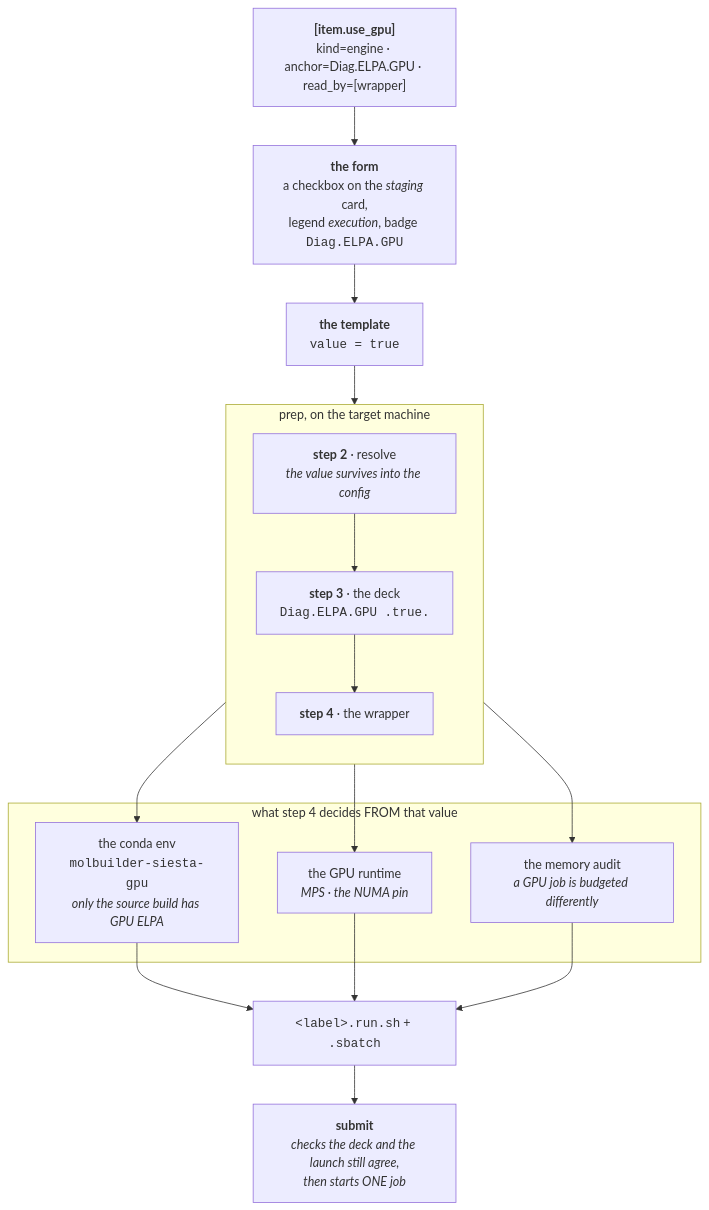
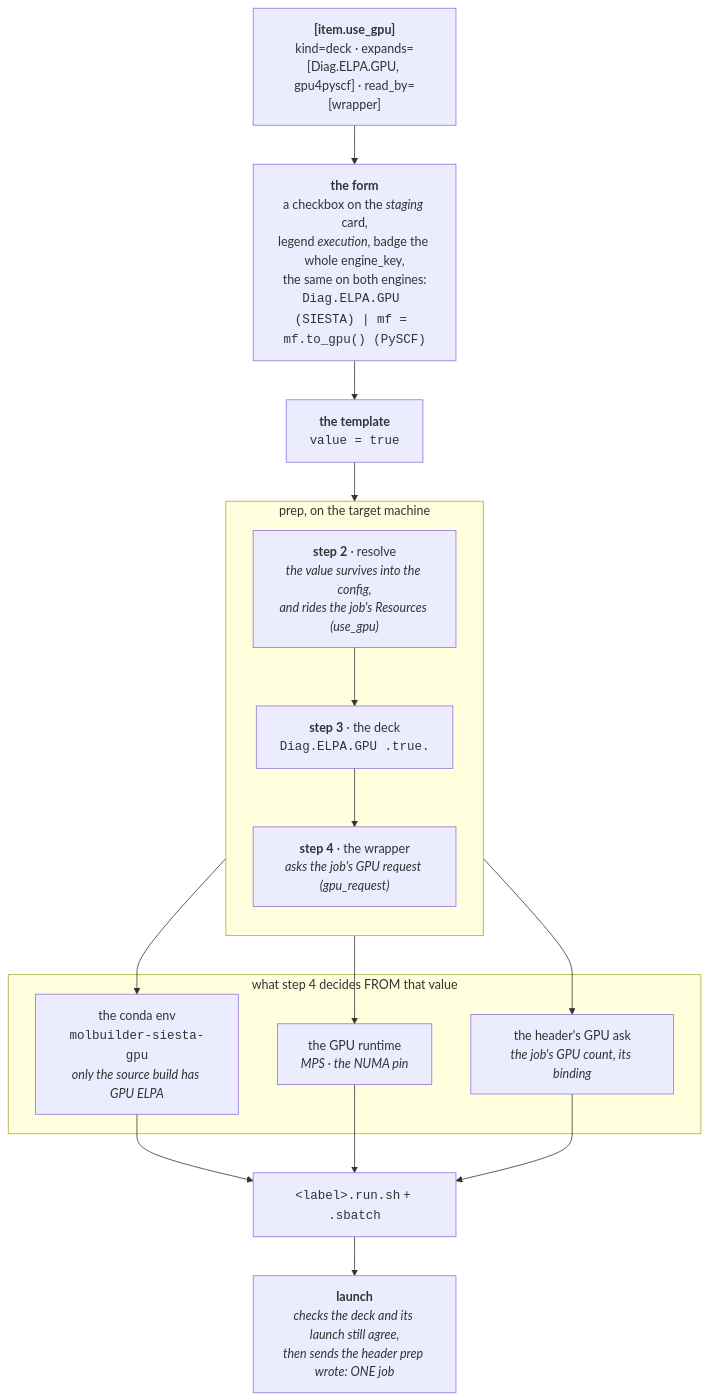
One commit to Qing-LAB/molbuilder changed the seventh of 8 diagrams in docs/engines/template.md. Above: the diagram before and after it, drawn with Mermaid. The commit also changed other lines of this file and 54 other files, not shown here.

````diff
--- a/docs/engines/template.md
+++ b/docs/engines/template.md
@@ -2549,26 +2541,26 @@
 ```mermaid
 flowchart TB
-    IT["<b>[item.use_gpu]</b><br/>kind=engine · anchor=Diag.ELPA.GPU · read_by=[wrapper]"]
+    IT["<b>[item.use_gpu]</b><br/>kind=deck · expands=[Diag.ELPA.GPU, gpu4pyscf] · read_by=[wrapper]"]
 
-    FORM["<b>the form</b><br/>a checkbox on the <i>staging</i> card,<br/>legend <i>execution</i>, badge <code>Diag.ELPA.GPU</code>"]
+    FORM["<b>the form</b><br/>a checkbox on the <i>staging</i> card,<br/>legend <i>execution</i>, badge the whole engine_key,<br/>the same on both engines:<br/><code>Diag.ELPA.GPU (SIESTA) | mf = mf.to_gpu() (PySCF)</code>"]
     TPL["<b>the template</b><br/><code>value = true</code>"]
 
     subgraph PREP["prep, on the target machine"]
       direction TB
-      S2["<b>step 2</b> · resolve<br/><i>the value survives into the config</i>"]
+      S2["<b>step 2</b> · resolve<br/><i>the value survives into the config,<br/>and rides the job's Resources (use_gpu)</i>"]
       S3["<b>step 3</b> · the deck<br/><code>Diag.ELPA.GPU .true.</code>"]
-      S4["<b>step 4</b> · the wrapper"]
+      S4["<b>step 4</b> · the wrapper<br/><i>asks the job's GPU request (gpu_request)</i>"]
       S2 --> S3 --> S4
     end
 
     subgraph LAUNCH["what step 4 decides FROM that value"]
       E1["the conda env<br/><code>molbuilder-siesta-gpu</code><br/><i>only the source build has GPU ELPA</i>"]
       E2["the GPU runtime<br/><i>MPS · the NUMA pin</i>"]
-      E3["the memory audit<br/><i>a GPU job is budgeted differently</i>"]
+      E3["the header's GPU ask<br/><i>the job's GPU count, its binding</i>"]
     end
 
     IT --> FORM --> TPL --> S2
     S4 --> E1 & E2 & E3
     E1 & E2 & E3 --> SH["<code>&lt;label&gt;.run.sh</code> + <code>.sbatch</code>"]
-    SH --> SUB["<b>submit</b><br/><i>checks the deck and the launch still agree,<br/>then starts ONE job</i>"]
+    SH --> SUB["<b>launch</b><br/><i>checks the deck and its launch still agree,<br/>then sends the header prep wrote: ONE job</i>"]
 ```
````
